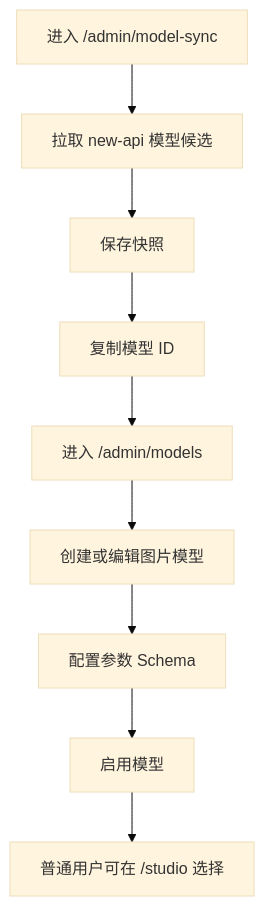
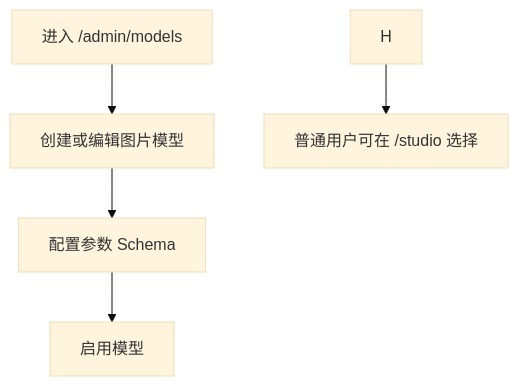
The third of 3 diagrams in docs/06-dreamstudio-v1-ia-and-roadmap.md (CrazyCherrys/DreamStudio), drawn with Mermaid (base theme) before and after one commit. The commit also changed other lines of this file and 15 other files, not shown here.

Commit message:
refactor: remove model sync snapshots

````diff
--- a/docs/06-dreamstudio-v1-ia-and-roadmap.md
+++ b/docs/06-dreamstudio-v1-ia-and-roadmap.md
@@ -734,11 +712,7 @@
 ```mermaid
 flowchart TD
-  A["进入 /admin/model-sync"] --> B["拉取 new-api 模型候选"]
-  B --> C["保存快照"]
-  C --> D["复制模型 ID"]
-  D --> E["进入 /admin/models"]
-  E --> F["创建或编辑图片模型"]
-  F --> G["配置参数 Schema"]
-  G --> H["启用模型"]
+  A["进入 /admin/models"] --> B["创建或编辑图片模型"]
+  B --> C["配置参数 Schema"]
+  C --> D["启用模型"]
   H --> I["普通用户可在 /studio 选择"]
 ```
````
